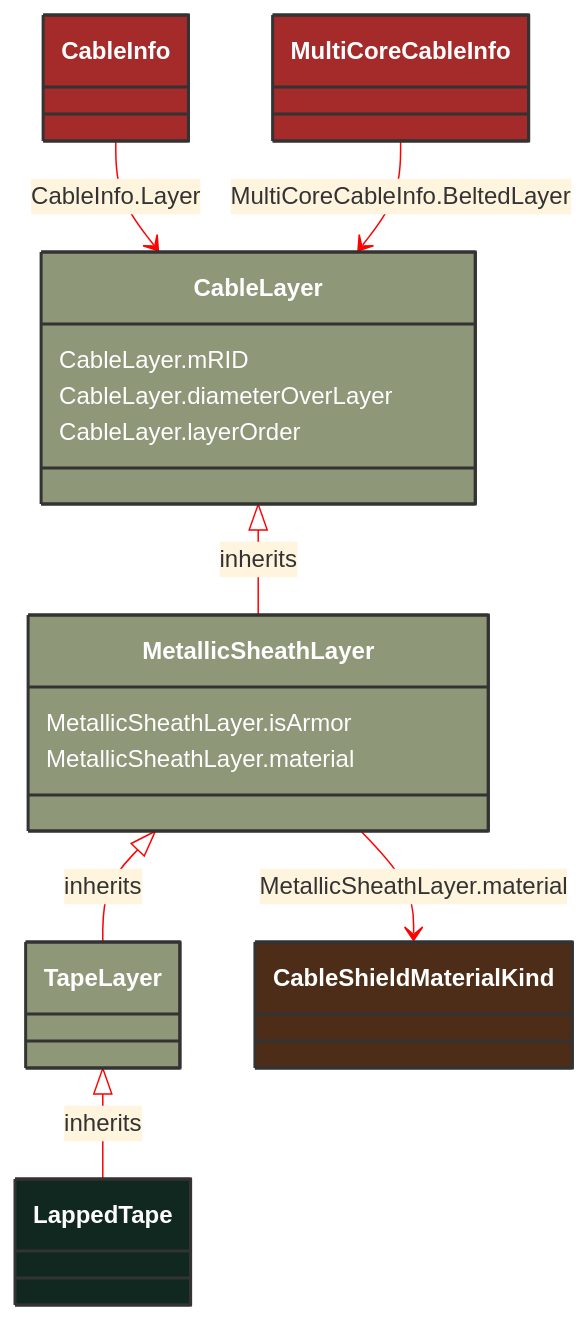
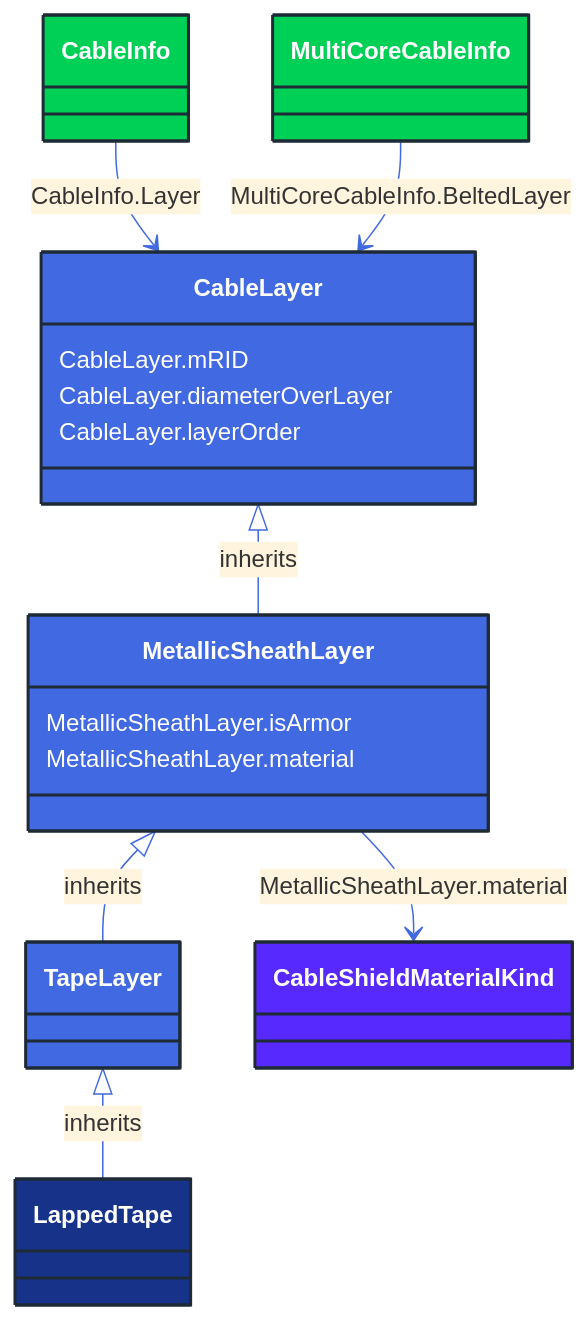
The diagram in docs/Models/Profiles/SubseaCableInfo/ConcreteClasses/LappedTape.md (3lbits/NoCIMExtensions), drawn with Mermaid before and after one commit. The commit also changed 362 other files, not shown here.

First line of the commit message:
Update diagrams and styles for improved visual consistency

````diff
--- a/docs/Models/Profiles/SubseaCableInfo/ConcreteClasses/LappedTape.md
+++ b/docs/Models/Profiles/SubseaCableInfo/ConcreteClasses/LappedTape.md
@@ -8,44 +8,44 @@
 ```mermaid
-%%{init: {'theme':'base','themeVariables': {'lineColor': '#FF0000'}}}%%
+%%{init: {'theme':'base','themeVariables': {'lineColor': '#4169E1'}}}%%
 classDiagram
     class LappedTape
     click LappedTape href "/Models/Profiles/SubseaCableInfo/ConcreteClasses/LappedTape/"
-    style LappedTape fill:#102820,stroke:#333,stroke-width:2px,rx:10,ry:10,color:white
+    style LappedTape fill:#163289,stroke:#1F2A37,stroke-width:2px,rx:10,ry:10,color:white
      
         TapeLayer <|-- LappedTape : inherits
             click TapeLayer href "/Models/Profiles/SubseaCableInfo/ConcreteClasses/TapeLayer/"
-            style TapeLayer fill:#8F9779,stroke:#333,stroke-width:2px,rx:10,ry:10,color:white
+            style TapeLayer fill:#4169E1,stroke:#1F2A37,stroke-width:2px,rx:10,ry:10,color:white
      
         MetallicSheathLayer <|-- TapeLayer : inherits
             click MetallicSheathLayer href "/Models/Profiles/SubseaCableInfo/ConcreteClasses/MetallicSheathLayer/"
-            style MetallicSheathLayer fill:#8F9779,stroke:#333,stroke-width:2px,rx:10,ry:10,color:white
+            style MetallicSheathLayer fill:#4169E1,stroke:#1F2A37,stroke-width:2px,rx:10,ry:10,color:white
      
         CableLayer <|-- MetallicSheathLayer : inherits
             click CableLayer href "/Models/Profiles/SubseaCableInfo/AbstractClasses/CableLayer/"
-            style CableLayer fill:#8F9779,stroke:#333,stroke-width:2px,rx:10,ry:10,color:white
+            style CableLayer fill:#4169E1,stroke:#1F2A37,stroke-width:2px,rx:10,ry:10,color:white
 
 
         CableInfo --> CableLayer : CableInfo.Layer
 
         CableInfo
             click CableInfo href "/Models/Profiles/SubseaCableInfo/ConcreteClasses/CableInfo/"
-            style CableInfo fill:#A52A2A,stroke:#333,stroke-width:2px,rx:10,ry:10,color:white
+            style CableInfo fill:#00D156,stroke:#1F2A37,stroke-width:2px,rx:10,ry:10,color:white
 
         MultiCoreCableInfo --> CableLayer : MultiCoreCableInfo.BeltedLayer
 
         MultiCoreCableInfo
             click MultiCoreCableInfo href "/Models/Profiles/SubseaCableInfo/ConcreteClasses/MultiCoreCableInfo/"
-            style MultiCoreCableInfo fill:#A52A2A,stroke:#333,stroke-width:2px,rx:10,ry:10,color:white
+            style MultiCoreCableInfo fill:#00D156,stroke:#1F2A37,stroke-width:2px,rx:10,ry:10,color:white
 
         MetallicSheathLayer --> CableShieldMaterialKind : MetallicSheathLayer.material
 
         CableShieldMaterialKind
             click CableShieldMaterialKind href "/Models/Profiles/SubseaCableInfo/Enumerations/CableShieldMaterialKind/"
-            style CableShieldMaterialKind fill:#4D2D18,stroke:#333,stroke-width:2px,rx:10,ry:10,color:white
+            style CableShieldMaterialKind fill:#5729FF,stroke:#1F2A37,stroke-width:2px,rx:10,ry:10,color:white
 
         MetallicSheathLayer : MetallicSheathLayer.isArmor
         MetallicSheathLayer : MetallicSheathLayer.material
         CableLayer : CableLayer.mRID
         CableLayer : CableLayer.diameterOverLayer
         CableLayer : CableLayer.layerOrder
 ```
````
